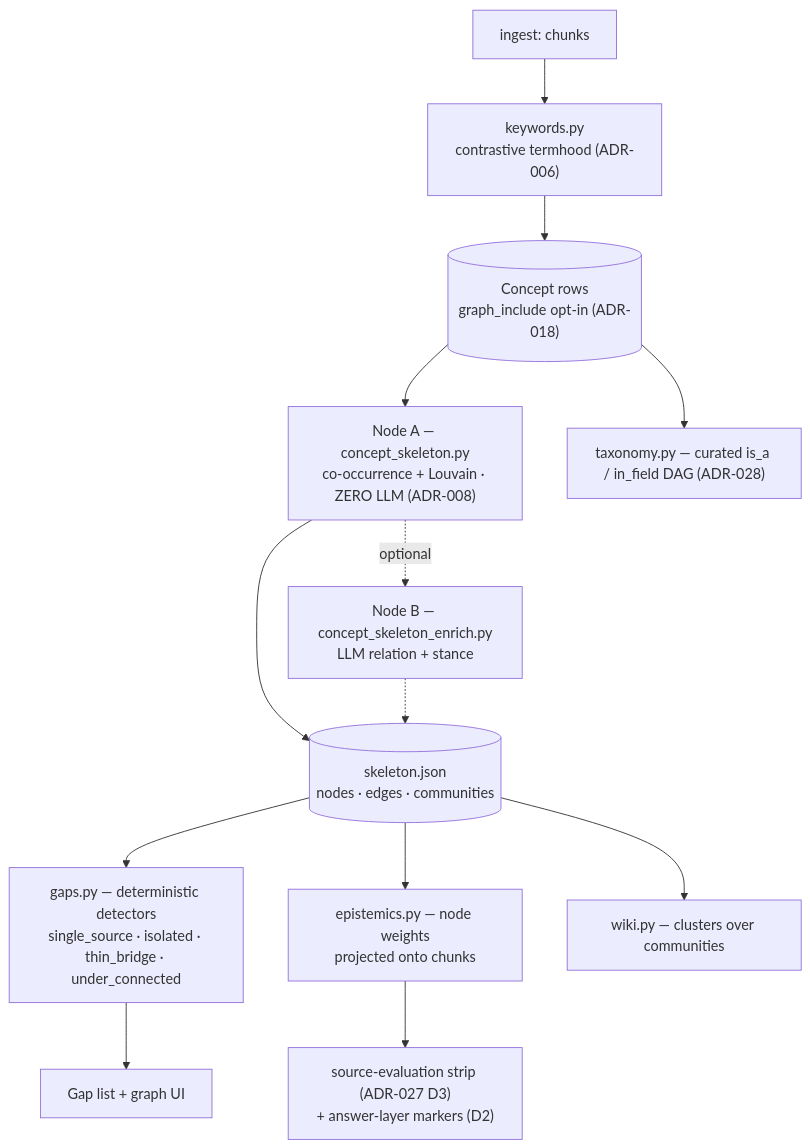
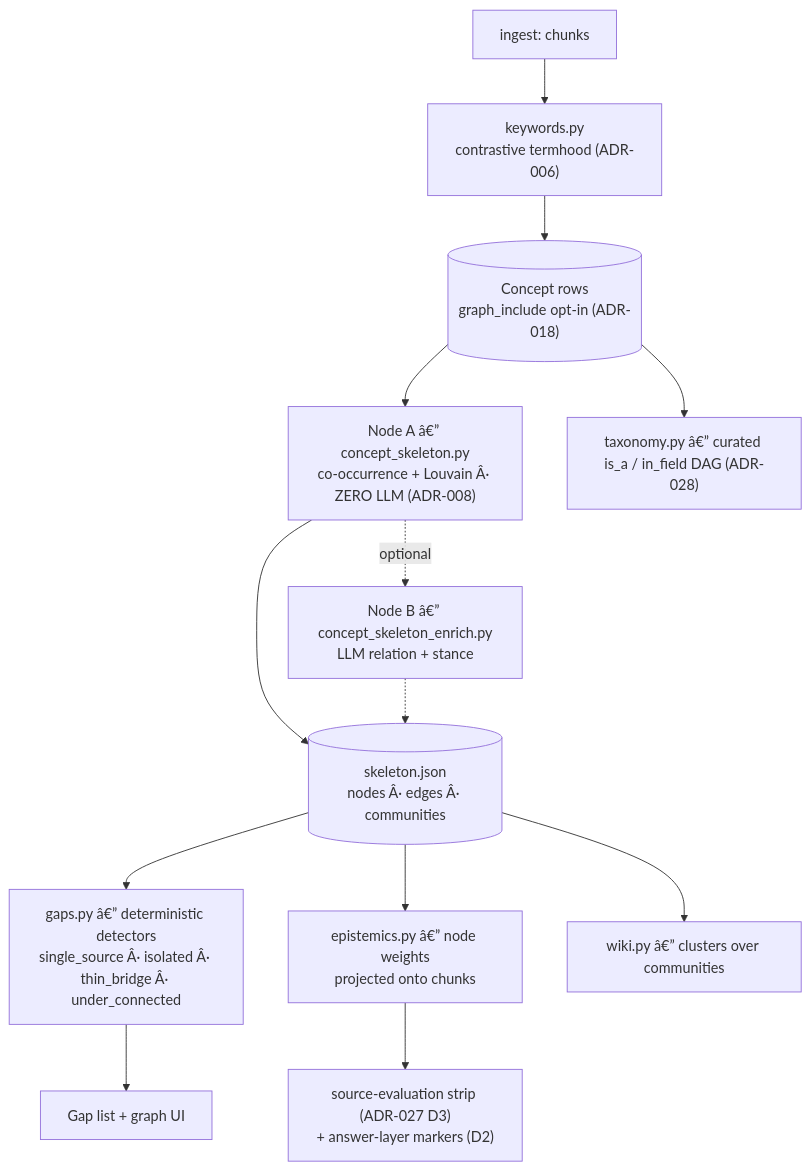
The diagram in docs/knowledge-layer.md (ldele/doc_assistant), drawn with Mermaid before and after one commit. The commit also changed other lines of this file and 5 other files, not shown here.

````diff
--- a/docs/knowledge-layer.md
+++ b/docs/knowledge-layer.md
@@ -105,15 +105,15 @@
 ```mermaid
 flowchart TD
     ING[ingest: chunks] --> KW["keywords.py<br/>contrastive termhood (ADR-006)"]
     KW --> CON[("Concept rows<br/>graph_include opt-in (ADR-018)")]
-    CON --> NA["Node A — concept_skeleton.py<br/>co-occurrence + Louvain · ZERO LLM (ADR-008)"]
-    NA --> SK[("skeleton.json<br/>nodes · edges · communities")]
-    NA -.optional.-> NB["Node B — concept_skeleton_enrich.py<br/>LLM relation + stance"]
+    CON --> NA["Node A â€” concept_skeleton.py<br/>co-occurrence + Louvain Â· ZERO LLM (ADR-008)"]
+    NA --> SK[("skeleton.json<br/>nodes Â· edges Â· communities")]
+    NA -.optional.-> NB["Node B â€” concept_skeleton_enrich.py<br/>LLM relation + stance"]
     NB -.-> SK
-    SK --> GAPS["gaps.py — deterministic detectors<br/>single_source · isolated · thin_bridge · under_connected"]
-    SK --> EPI["epistemics.py — node weights<br/>projected onto chunks"]
-    SK --> WIKI["wiki.py — clusters over communities"]
-    CON --> TAX["taxonomy.py — curated is_a / in_field DAG (ADR-028)"]
+    SK --> GAPS["gaps.py â€” deterministic detectors<br/>single_source Â· isolated Â· thin_bridge Â· under_connected"]
+    SK --> EPI["epistemics.py â€” node weights<br/>projected onto chunks"]
+    SK --> WIKI["wiki.py â€” clusters over communities"]
+    CON --> TAX["taxonomy.py â€” curated is_a / in_field DAG (ADR-028)"]
     GAPS --> UI[Gap list + graph UI]
     EPI --> STRIP["source-evaluation strip (ADR-027 D3)<br/>+ answer-layer markers (D2)"]
 ```
````
